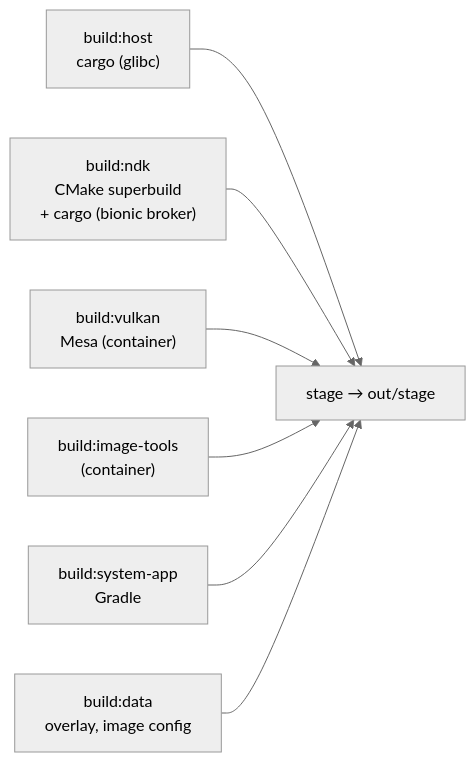
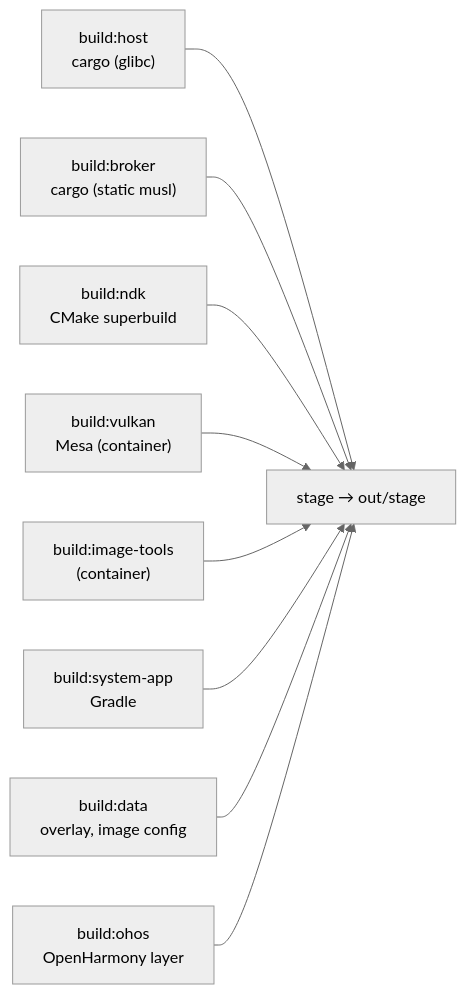
The diagram in docs/development.md (sargunv/innkeeper), drawn with Mermaid (neutral theme) before and after one commit. The commit also changed other lines of this file and 13 other files, not shown here.

First line of the commit message:
ohos: build:ohos in build and the stage; boot check is test:e2e -- ohos

````diff
--- a/docs/development.md
+++ b/docs/development.md
@@ -22,10 +22,12 @@
 ```mermaid
 flowchart LR
   host["build:host<br/>cargo (glibc)"] --> stage
-  ndk["build:ndk<br/>CMake superbuild<br/>+ cargo (bionic broker)"] --> stage
+  brk["build:broker<br/>cargo (static musl)"] --> stage
+  ndk["build:ndk<br/>CMake superbuild"] --> stage
   vk["build:vulkan<br/>Mesa (container)"] --> stage
   it["build:image-tools<br/>(container)"] --> stage
   app["build:system-app<br/>Gradle"] --> stage
   data["build:data<br/>overlay, image config"] --> stage
+  oh["build:ohos<br/>OpenHarmony layer"] --> stage
   stage["stage → out/stage"]
 ```
````
